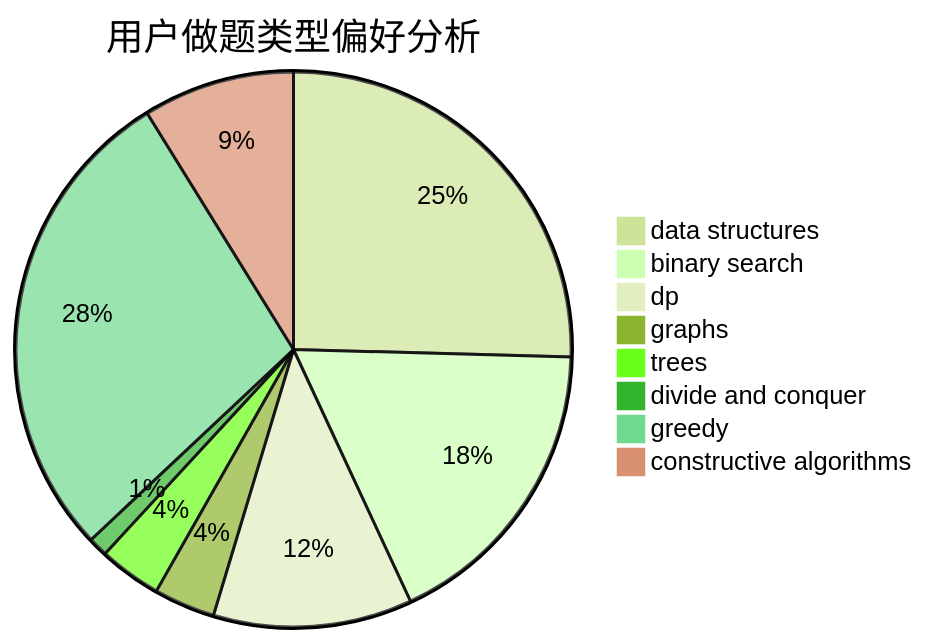
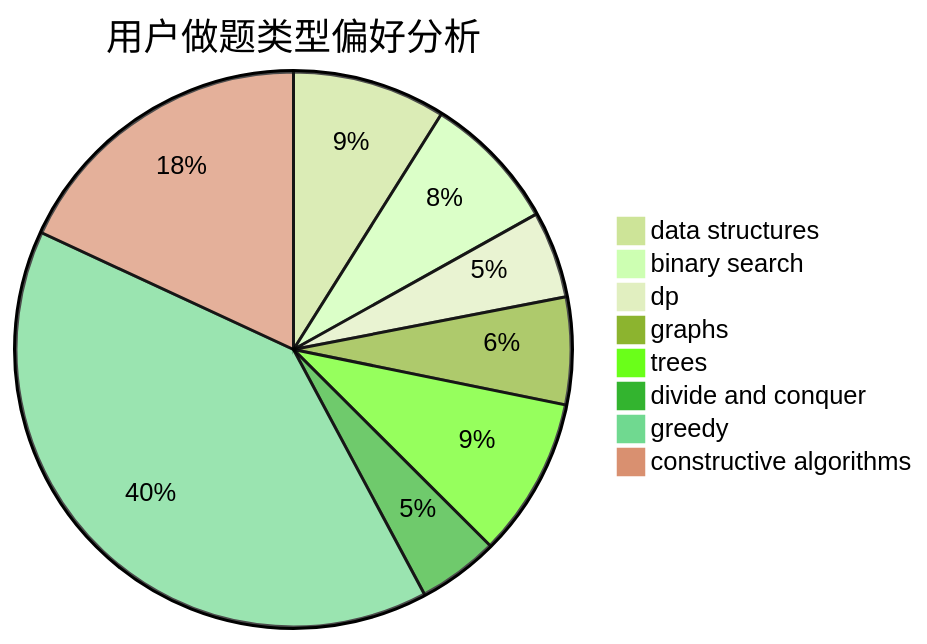
The second of 3 diagrams in docs/user/u1088.md (sherpahu/cfrs.github.io), drawn with Mermaid (forest theme) before and after one commit. The commit also changed other lines of this file and 2770 other files, not shown here.

````diff
--- a/docs/user/u1088.md
+++ b/docs/user/u1088.md
@@ -23,11 +23,11 @@
 ```mermaid
 pie title 用户做题类型偏好分析
-    "data structures" :  314
-    "binary search" :  218
-    "dp" :  143
-    "graphs" :  44
-    "trees" :  45
-    "divide and conquer" :  14
-    "greedy" :  348
-    "constructive algorithms" :  109
+    "data structures" :  226
+    "binary search" :  202
+    "dp" :  128
+    "graphs" :  158
+    "trees" :  235
+    "divide and conquer" :  119
+    "greedy" :  1006
+    "constructive algorithms" :  458
 ```
````
